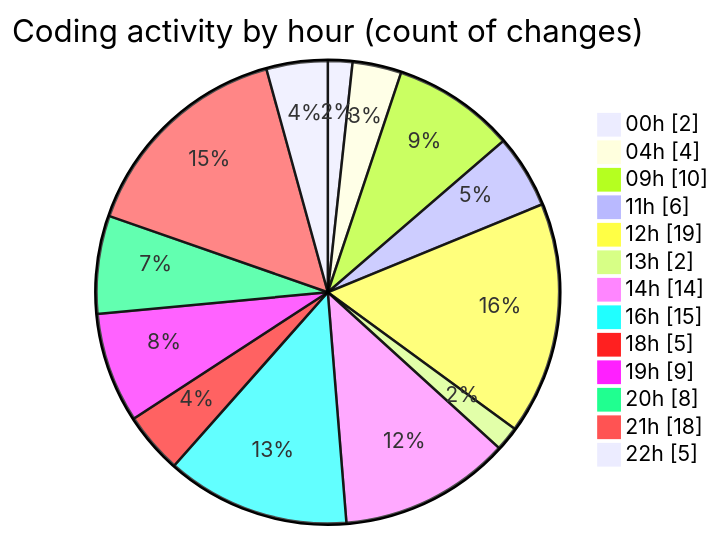
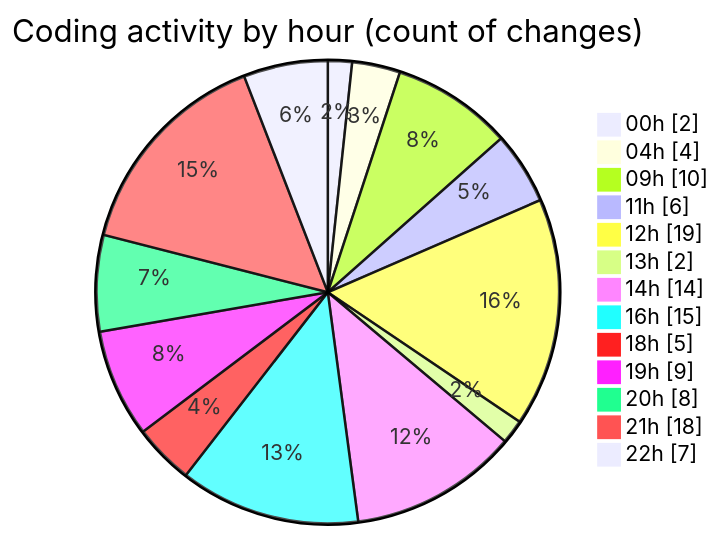
Before and after one commit to julien-gomy/code-tracking: the second of 2 diagrams in 2025-10-28/eventscop-frontend-guide__workspace_/README.md, drawn with Mermaid. The commit also changed other lines of this file and 1 other file, not shown here.

````diff
--- a/2025-10-28/eventscop-frontend-guide__workspace_/README.md
+++ b/2025-10-28/eventscop-frontend-guide__workspace_/README.md
@@ -68,17 +70,17 @@
 ```mermaid
 pie showData
 title Coding activity by hour (count of changes)
 "00h" : 2
 "04h" : 4
 "09h" : 10
 "11h" : 6
 "12h" : 19
 "13h" : 2
 "14h" : 14
 "16h" : 15
 "18h" : 5
 "19h" : 9
 "20h" : 8
 "21h" : 18
-"22h" : 5
+"22h" : 7
 ```
````
